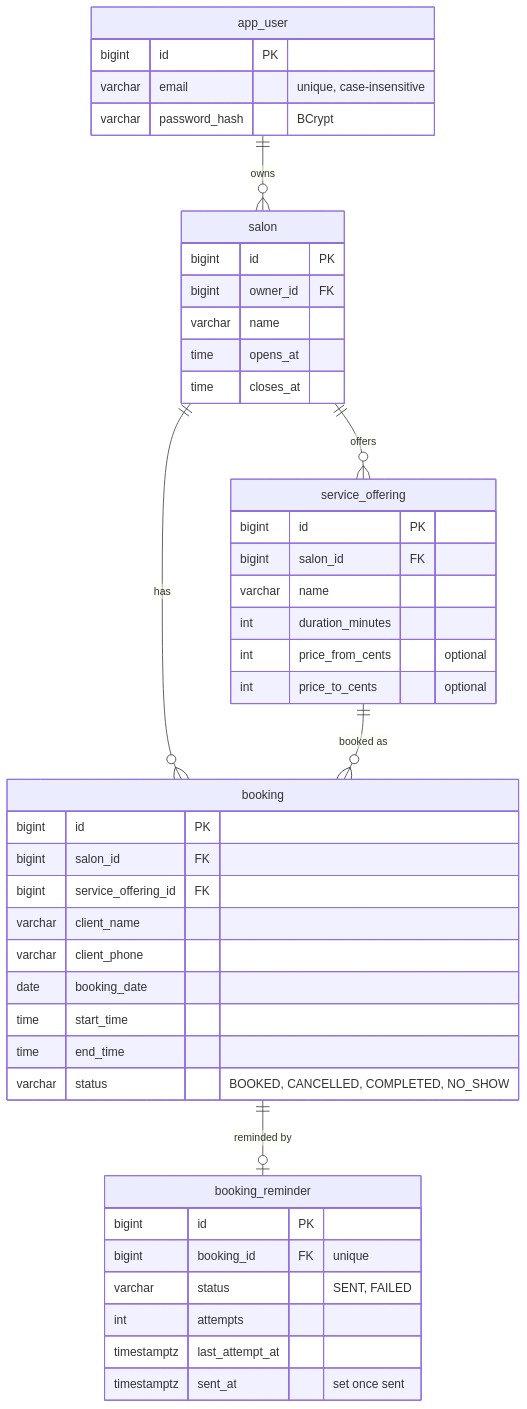
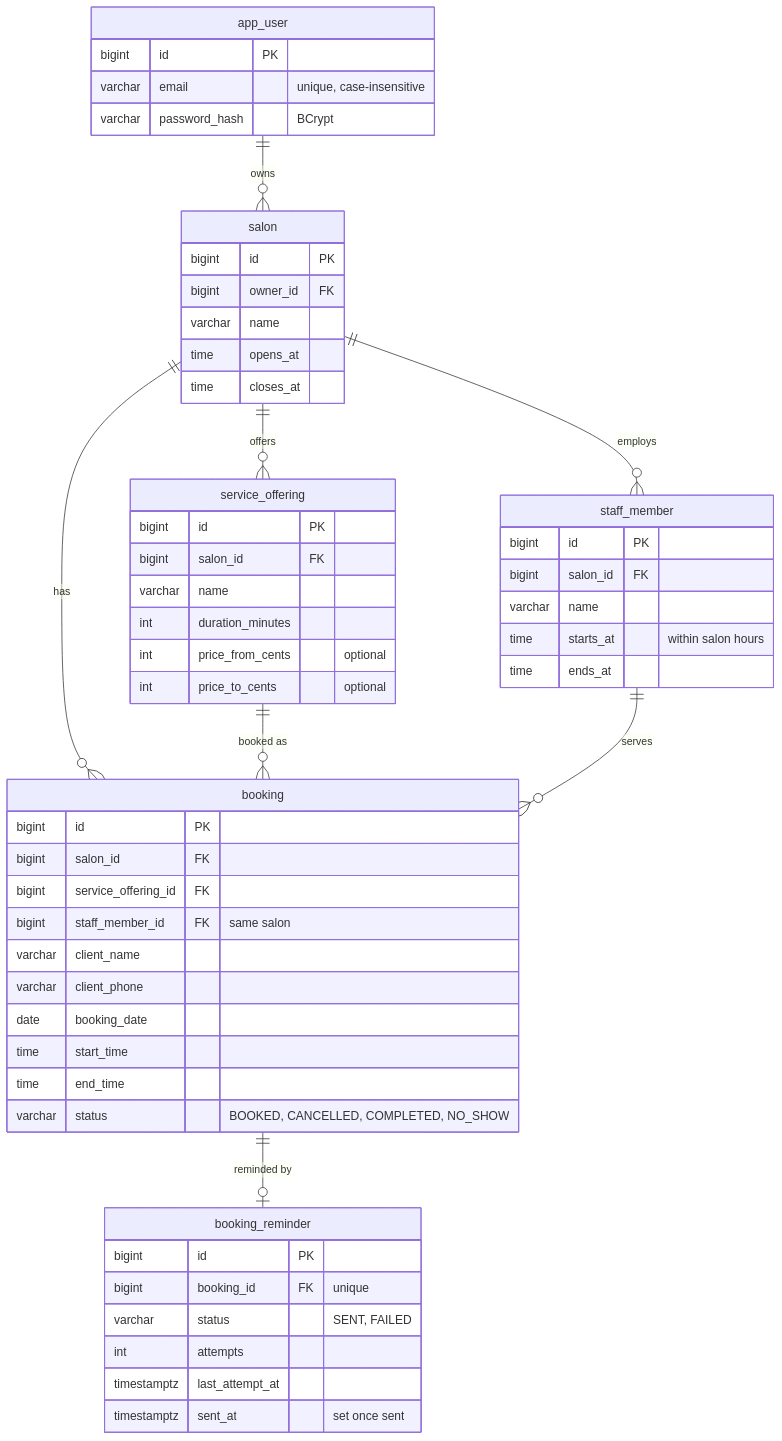
The fourth of 4 diagrams in README.md (afunemma/salon-booking-api), drawn with Mermaid before and after one commit. The commit also changed other lines of this file and 26 other files, not shown here.

Commit message:
Add staff members with their own working hours (#13)

````diff
--- a/README.md
+++ b/README.md
@@ -122,48 +122,58 @@
 ```mermaid
 erDiagram
     app_user ||--o{ salon : owns
     salon ||--o{ service_offering : offers
+    salon ||--o{ staff_member : employs
     salon ||--o{ booking : has
     service_offering ||--o{ booking : "booked as"
+    staff_member ||--o{ booking : serves
     booking ||--o| booking_reminder : "reminded by"
 
     app_user {
         bigint id PK
         varchar email "unique, case-insensitive"
         varchar password_hash "BCrypt"
     }
     salon {
         bigint id PK
         bigint owner_id FK
         varchar name
         time opens_at
         time closes_at
     }
     service_offering {
         bigint id PK
         bigint salon_id FK
         varchar name
         int duration_minutes
         int price_from_cents "optional"
         int price_to_cents "optional"
     }
+    staff_member {
+        bigint id PK
+        bigint salon_id FK
+        varchar name
+        time starts_at "within salon hours"
+        time ends_at
+    }
     booking {
         bigint id PK
         bigint salon_id FK
         bigint service_offering_id FK
+        bigint staff_member_id FK "same salon"
         varchar client_name
         varchar client_phone
         date booking_date
         time start_time
         time end_time
         varchar status "BOOKED, CANCELLED, COMPLETED, NO_SHOW"
     }
     booking_reminder {
         bigint id PK
         bigint booking_id FK "unique"
         varchar status "SENT, FAILED"
         int attempts
         timestamptz last_attempt_at
         timestamptz sent_at "set once sent"
     }
 ```
````
